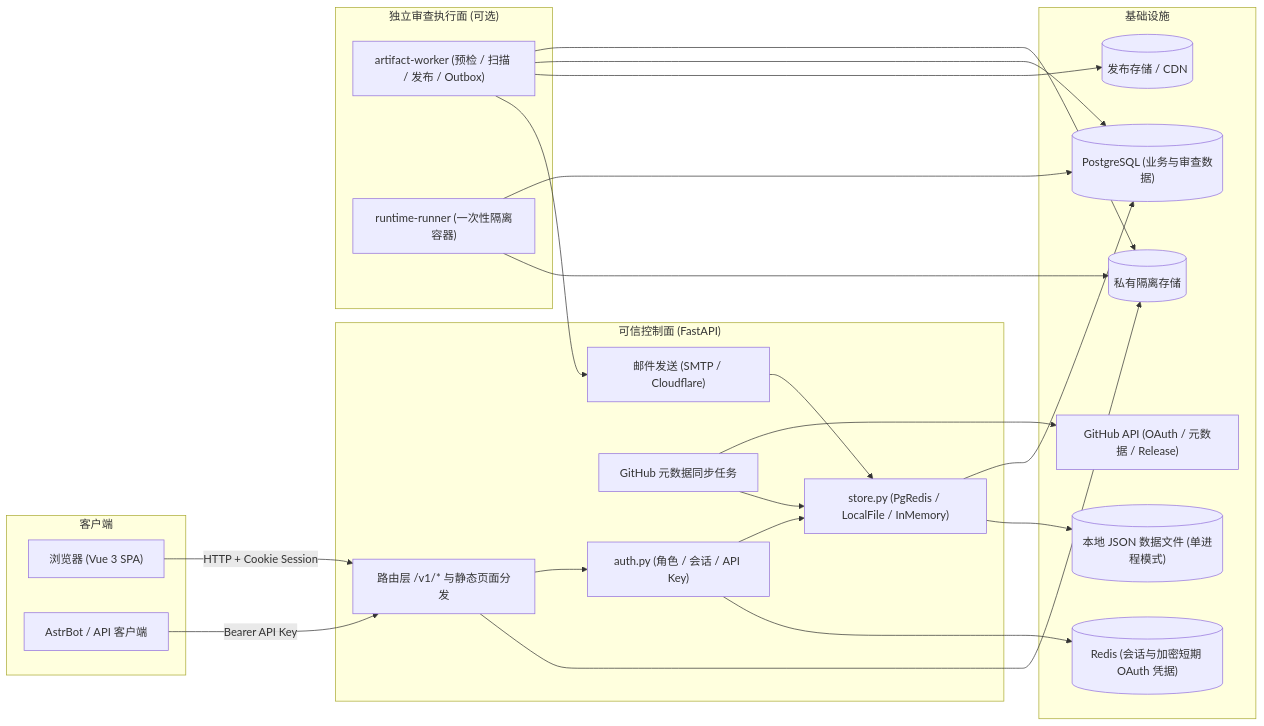
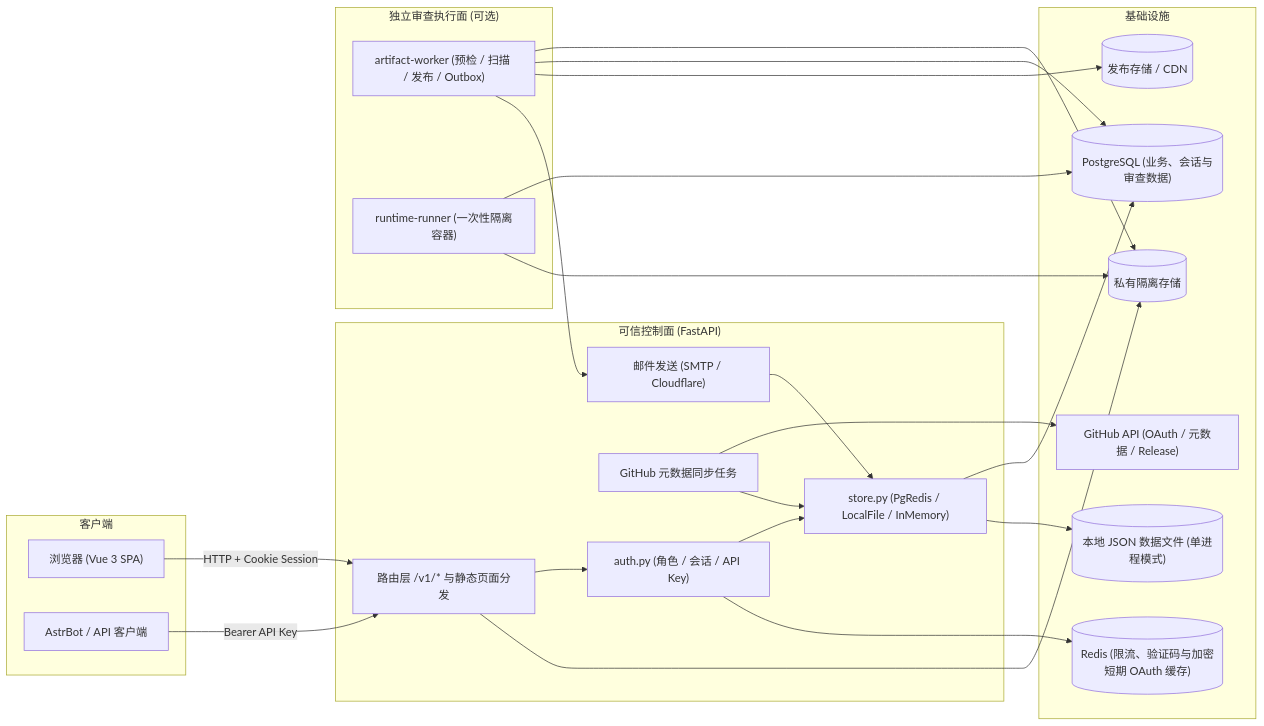
One commit to Astrhub/Astrbot_Community_Plugins changed the diagram in docs/architecture.md. Above: the diagram before and after it, drawn with Mermaid. The commit also changed other lines of this file and 6 other files, not shown here.

````diff
--- a/docs/architecture.md
+++ b/docs/architecture.md
@@ -7,46 +7,46 @@
 ```mermaid
 flowchart LR
     subgraph Client["客户端"]
         Web["浏览器 (Vue 3 SPA)"]
         Bot["AstrBot / API 客户端"]
     end
 
     subgraph Server["可信控制面 (FastAPI)"]
         Router["路由层 /v1/* 与静态页面分发"]
         Auth["auth.py (角色 / 会话 / API Key)"]
         Store["store.py (PgRedis / LocalFile / InMemory)"]
         Sync["GitHub 元数据同步任务"]
         Email["邮件发送 (SMTP / Cloudflare)"]
     end
 
     subgraph Artifact["独立审查执行面 (可选)"]
         Worker["artifact-worker (预检 / 扫描 / 发布 / Outbox)"]
         Runner["runtime-runner (一次性隔离容器)"]
     end
 
     subgraph Infra["基础设施"]
-        PG[("PostgreSQL (业务与审查数据)")]
-        Redis[("Redis (会话与加密短期 OAuth 凭据)")]
+        PG[("PostgreSQL (业务、会话与审查数据)")]
+        Redis[("Redis (限流、验证码与加密短期 OAuth 缓存)")]
         LocalFile[("本地 JSON 数据文件 (单进程模式)")]
         GH["GitHub API (OAuth / 元数据 / Release)"]
         Private[("私有隔离存储")]
         CDN[("发布存储 / CDN")]
     end
 
     Web -->|"HTTP + Cookie Session"| Router
     Bot -->|"Bearer API Key"| Router
     Router --> Auth --> Store
     Store --> PG
     Store --> LocalFile
     Auth --> Redis
     Sync --> GH
     Sync --> Store
     Email --> Store
     Router --> Private
     Worker --> Private
     Worker --> PG
     Worker --> CDN
     Worker --> Email
     Runner --> PG
     Runner --> Private
 ```
````
